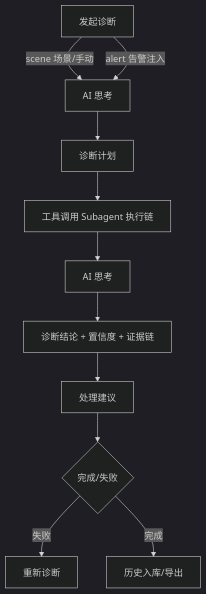
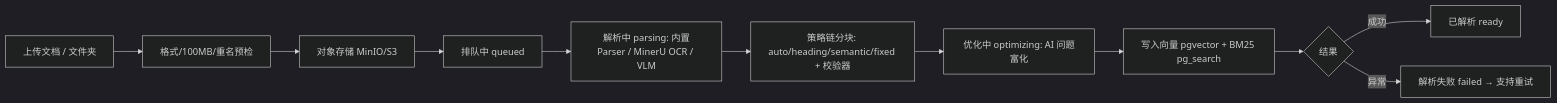
The second of 3 diagrams in src/pages/智能应用/智能知识库/智能知识库/prd.md (MeehanCole/prototype-platform), drawn with Mermaid (dark theme) before and after one commit. The commit also changed other lines of this file and 35 other files, not shown here.

````diff
--- a/src/pages/智能应用/智能知识库/智能知识库/prd.md
+++ b/src/pages/智能应用/智能知识库/智能知识库/prd.md
@@ -351,13 +263,13 @@
 ```mermaid
-flowchart TD
-    A[发起诊断] -->|scene 场景/手动| B[AI 思考]
-    A -->|alert 告警注入| B
-    B --> C[诊断计划]
-    C --> D[工具调用 Subagent 执行链]
-    D --> E[AI 思考]
-    E --> F[诊断结论 + 置信度 + 证据链]
-    F --> G[处理建议]
-    G --> H{完成/失败}
-    H -->|失败| I[重新诊断]
-    H -->|完成| J[历史入库/导出]
+flowchart LR
+    A[上传文档 / 文件夹] --> B[格式/100MB/重名预检]
+    B --> C[对象存储 MinIO/S3]
+    C --> D[排队中 queued]
+    D --> E[解析中 parsing: 内置Parser / MinerU OCR / VLM]
+    E --> F[策略链分块: auto/heading/semantic/fixed + 校验器]
+    F --> G[优化中 optimizing: AI 问题富化]
+    G --> H[写入向量 pgvector + BM25 pg_search]
+    H --> I{结果}
+    I -->|成功| J[已解析 ready]
+    I -->|异常| K[解析失败 failed → 支持重试]
 ```
````
